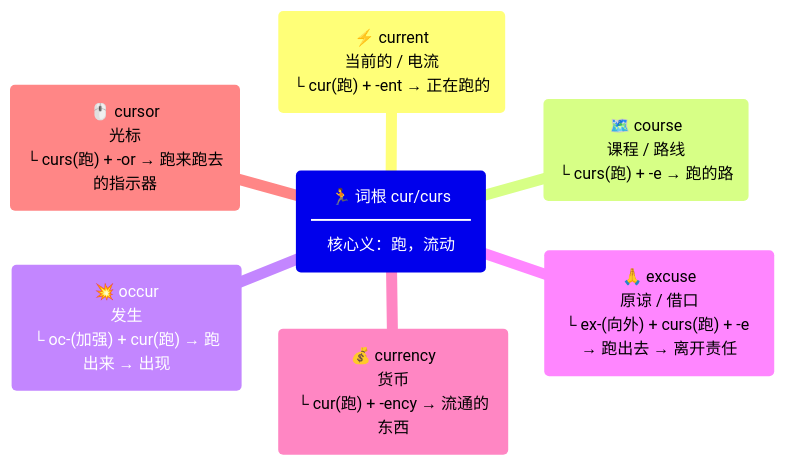
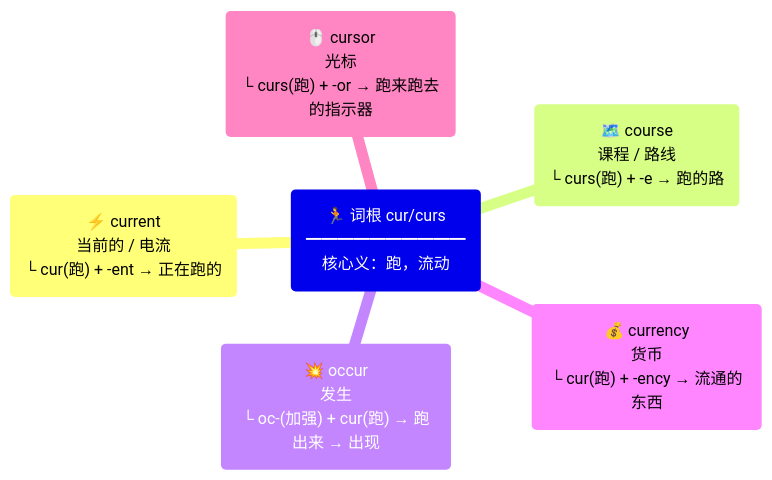
Before and after one commit to suhuide/h: diagram 21 of 31 in files/other/e.md, drawn with Mermaid. The commit also changed other lines of this file and 5 other files, not shown here.

````diff
--- a/files/other/e.md
+++ b/files/other/e.md
@@ -225,10 +225,9 @@
 ```mermaid
 mindmap
   root("🏃 词根 cur/curs<br>━━━━━━━━━━<br>核心义：跑，流动")
     current("⚡ current<br>当前的 / 电流<br>└ cur(跑) + -ent → 正在跑的")
     course("🗺️ course<br>课程 / 路线<br>└ curs(跑) + -e → 跑的路")
     occur("💥 occur<br>发生<br>└ oc-(加强) + cur(跑) → 跑出来 → 出现")
-    excuse("🙏 excuse<br>原谅 / 借口<br>└ ex-(向外) + curs(跑) + -e → 跑出去 → 离开责任")
     currency("💰 currency<br>货币<br>└ cur(跑) + -ency → 流通的东西")
     cursor("🖱️ cursor<br>光标<br>└ curs(跑) + -or → 跑来跑去的指示器")
 ```
````
